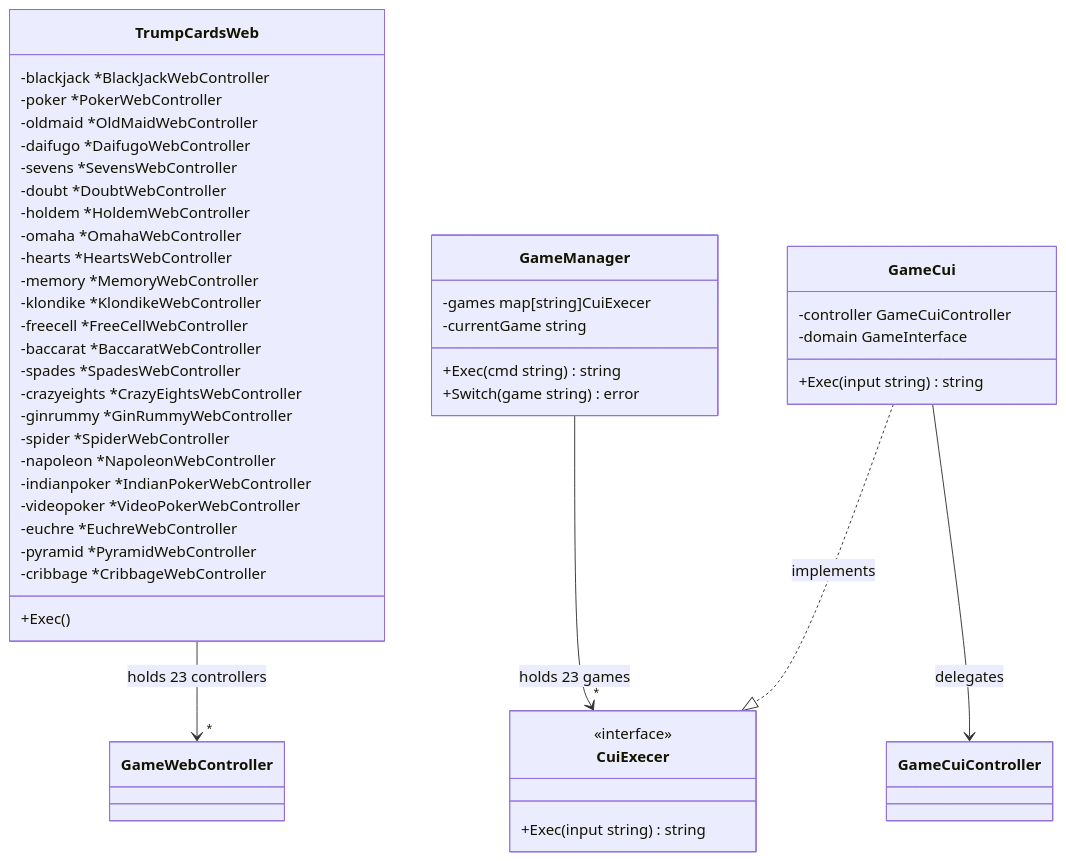
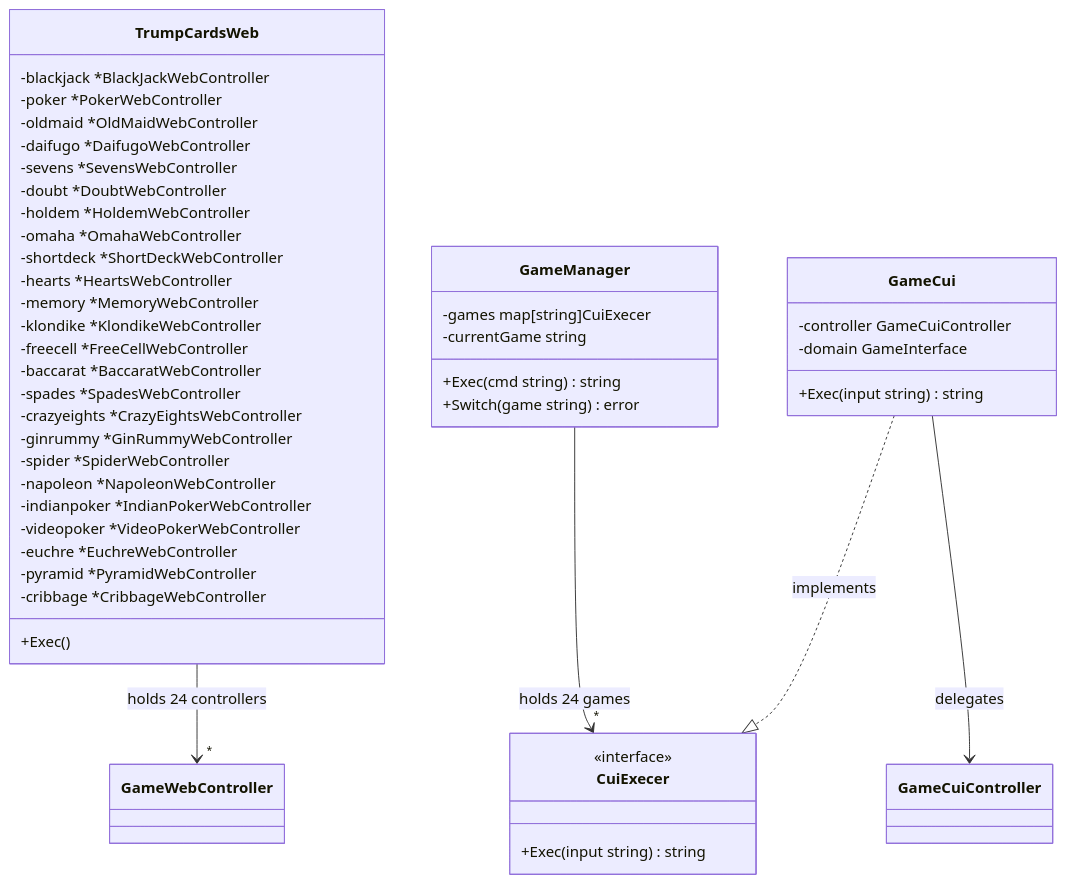
Before and after one commit to yuta-yoshinaga/go_trumpcards: diagram 11 of 32 in docs/design/backend.md, drawn with Mermaid. The commit also changed other lines of this file and 62 other files, not shown here.

First line of the commit message:
feat: add Short Deck Hold'em (6+ Hold'em) card game

````diff
--- a/docs/design/backend.md
+++ b/docs/design/backend.md
@@ -791,52 +811,53 @@
 ```mermaid
 classDiagram
     class TrumpCardsWeb {
         -blackjack *BlackJackWebController
         -poker *PokerWebController
         -oldmaid *OldMaidWebController
         -daifugo *DaifugoWebController
         -sevens *SevensWebController
         -doubt *DoubtWebController
         -holdem *HoldemWebController
         -omaha *OmahaWebController
+        -shortdeck *ShortDeckWebController
         -hearts *HeartsWebController
         -memory *MemoryWebController
         -klondike *KlondikeWebController
         -freecell *FreeCellWebController
         -baccarat *BaccaratWebController
         -spades *SpadesWebController
         -crazyeights *CrazyEightsWebController
         -ginrummy *GinRummyWebController
         -spider *SpiderWebController
         -napoleon *NapoleonWebController
         -indianpoker *IndianPokerWebController
         -videopoker *VideoPokerWebController
         -euchre *EuchreWebController
         -pyramid *PyramidWebController
         -cribbage *CribbageWebController
         +Exec()
     }
 
     class GameManager {
         -games map[string]CuiExecer
         -currentGame string
         +Exec(cmd string) string
         +Switch(game string) error
     }
 
     class CuiExecer {
         <<interface>>
         +Exec(input string) string
     }
 
     class GameCui {
         -controller GameCuiController
         -domain GameInterface
         +Exec(input string) string
     }
 
-    TrumpCardsWeb --> "*" GameWebController : holds 23 controllers
-    GameManager --> "*" CuiExecer : holds 23 games
+    TrumpCardsWeb --> "*" GameWebController : holds 24 controllers
+    GameManager --> "*" CuiExecer : holds 24 games
     GameCui ..|> CuiExecer : implements
     GameCui --> GameCuiController : delegates
 ```
````
